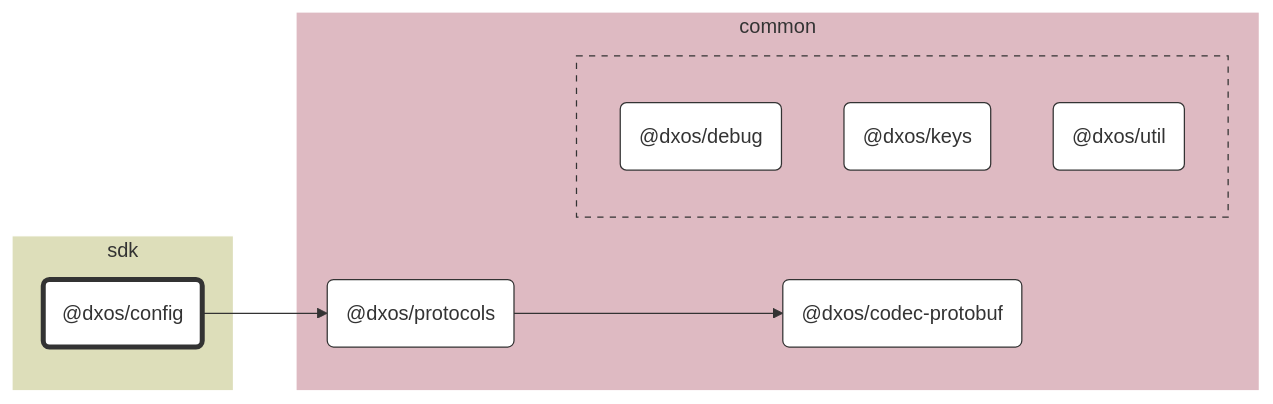
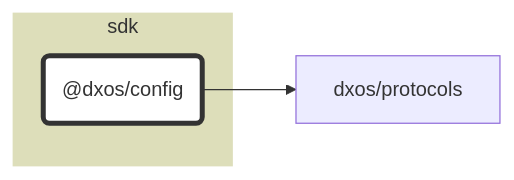
One commit to dxos/dxos changed the diagram in packages/sdk/config/docs/README.md. Above: the diagram before and after it, drawn with Mermaid. The commit also changed 87 other files, not shown here.

````diff
--- a/packages/sdk/config/docs/README.md
+++ b/packages/sdk/config/docs/README.md
@@ -7,52 +7,21 @@
 ```mermaid
 %%{ init: {'flowchart':{'curve':'basis'}} }%%
 
 flowchart LR
 
-%% Links
-dxos/config --> dxos/protocols;
-dxos/protocols --> dxos/codec-protobuf;
+%% Classes
+classDef def fill:#fff,stroke:#333,stroke-width:1px
+classDef root fill:#fff,stroke:#333,stroke-width:4px
 
-%% Sections
-subgraph sdk
-  style sdk fill:#dddeba,stroke:#fff;
+%% Nodes
 
-  dxos/config("@dxos/config")
+subgraph sdk [sdk]
+  style sdk fill:#dddeba,stroke:#fff
+  dxos/config("@dxos/config"):::root
+  click dxos/config "dxos/dxos/tree/main/packages/sdk/config/docs"
 end
 
-subgraph common
-  style common fill:#debac2,stroke:#fff;
-
-  dxos/codec-protobuf("@dxos/codec-protobuf")
-  dxos/protocols("@dxos/protocols")
-
-  subgraph common-excluded [ ]
-    style common-excluded fill:#debac2,stroke:#333,stroke-dasharray:5 5;
-
-    dxos/debug("@dxos/debug")
-    dxos/keys("@dxos/keys")
-    dxos/util("@dxos/util")
-  end
-end
-
-
-%% Hyperlinks
-click dxos/codec-protobuf "dxos/dxos/tree/main/packages/common/codec-protobuf/docs";
-click dxos/debug "dxos/dxos/tree/main/packages/common/debug/docs";
-click dxos/keys "dxos/dxos/tree/main/packages/common/keys/docs";
-click dxos/protocols "dxos/dxos/tree/main/packages/common/protocols/docs";
-click dxos/util "dxos/dxos/tree/main/packages/common/util/docs";
-
-%% Styles
-classDef rootNode fill:#fff,stroke:#333,stroke-width:4px
-classDef defaultNode fill:#fff,stroke:#333,stroke-width:1px
+%% Links
 linkStyle default stroke:#333,stroke-width:1px
-
-dxos/config:::rootNode
-
-dxos/codec-protobuf:::defaultNode
-dxos/debug:::defaultNode
-dxos/keys:::defaultNode
-dxos/protocols:::defaultNode
-dxos/util:::defaultNode
+dxos/config --> dxos/protocols
 ```
````
